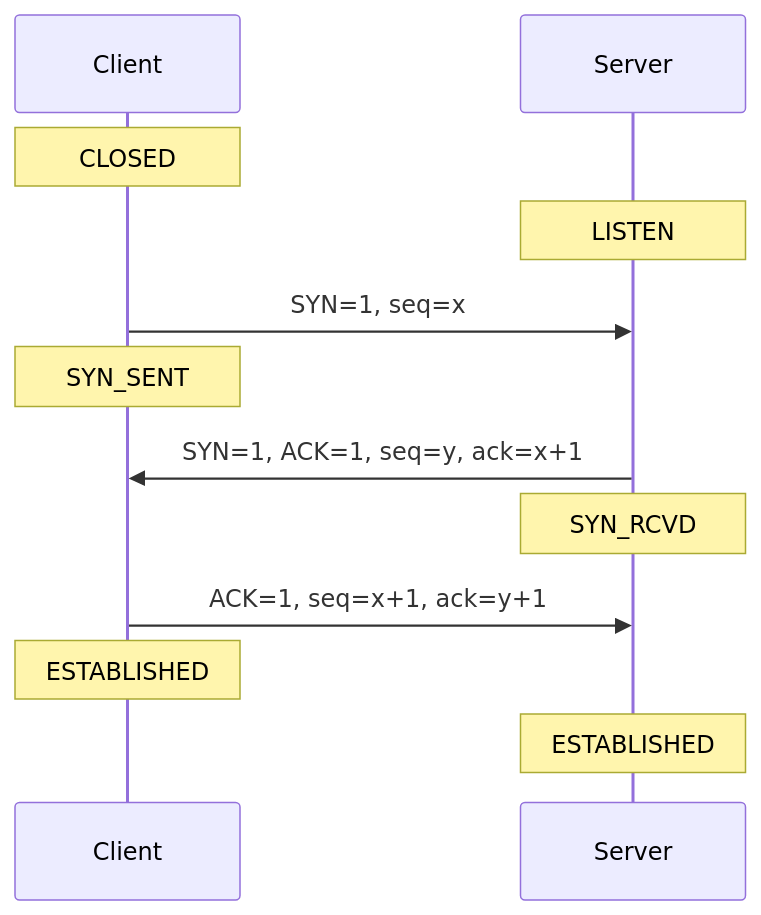
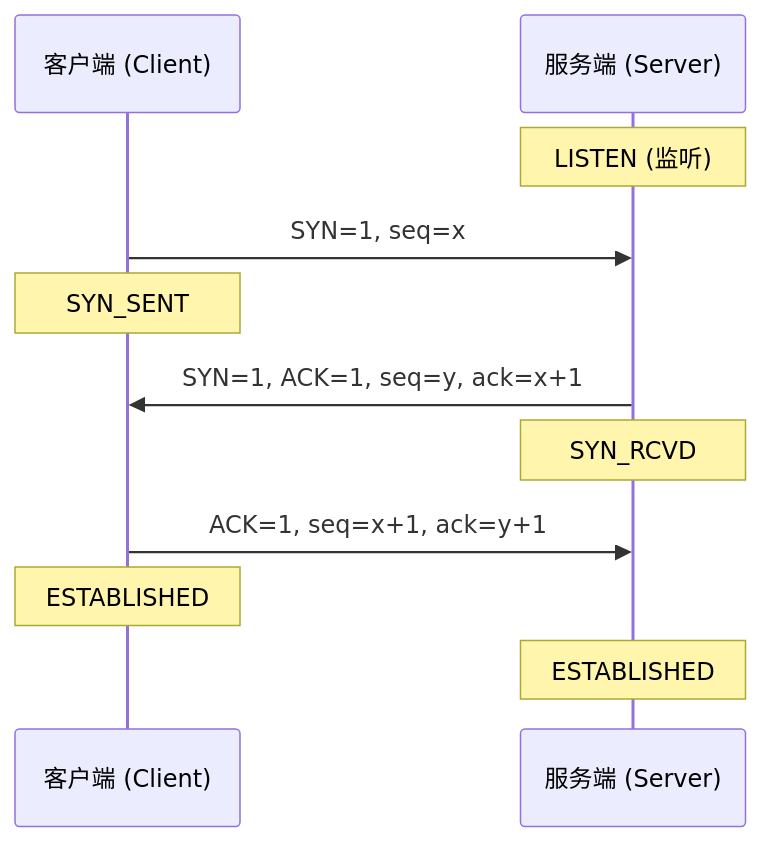
Before and after one commit to elecmonkey/elecmonkey-notebook: the first of 3 diagrams in docs/computer-networking/ch03-transport-layer.md, drawn with Mermaid. The commit also changed other lines of this file and 4 other files, not shown here.

````diff
--- a/docs/computer-networking/ch03-transport-layer.md
+++ b/docs/computer-networking/ch03-transport-layer.md
@@ -144,18 +376,17 @@
 ```mermaid
 sequenceDiagram
-    participant C as Client
-    participant S as Server
+    participant C as 客户端 (Client)
+    participant S as 服务端 (Server)
     
-    Note over C: CLOSED
-    Note over S: LISTEN
+    Note over S: LISTEN (监听)
 
     C->>S: SYN=1, seq=x
     Note over C: SYN_SENT
-    
+
     S->>C: SYN=1, ACK=1, seq=y, ack=x+1
     Note over S: SYN_RCVD
 
     C->>S: ACK=1, seq=x+1, ack=y+1
     Note over C: ESTABLISHED
     Note over S: ESTABLISHED
 ```
````
